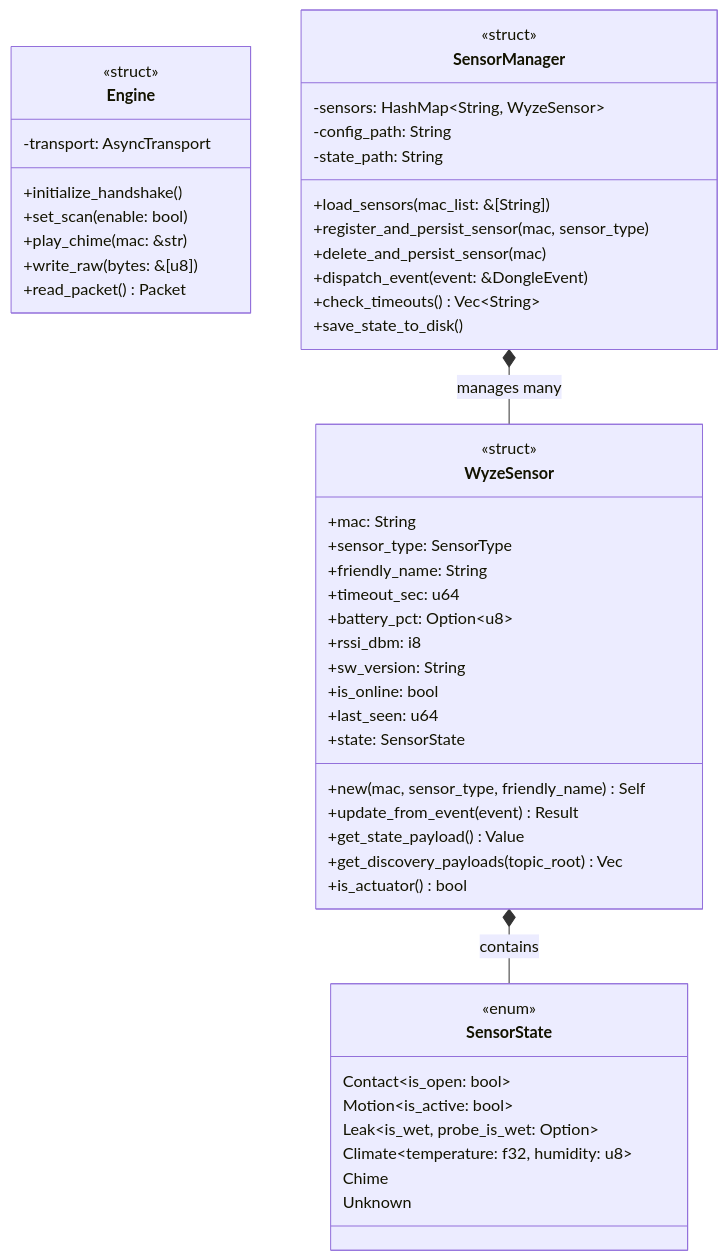
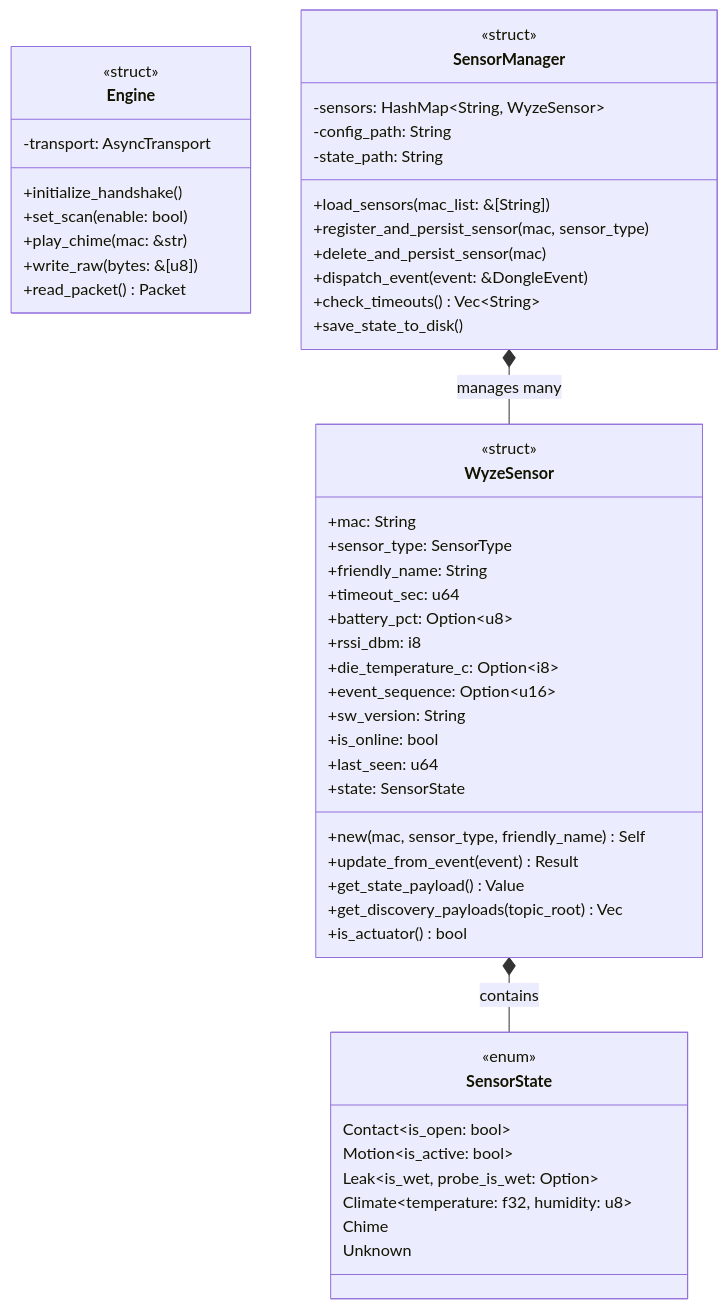
The diagram in DESIGN.md (HclX/wyzesense2mqtt-rs), drawn with Mermaid before and after one commit. The commit also changed 1 other file, not shown here.

Commit message:
docs: update protocol spec and design docs for RE findings
- protocol.md §6.2: Rename DataType to Die Temperature (AON_BATMON:TEMP)
- protocol.md §6.2: Battery is raw voltage byte (raw/32.0), NOT percentage
- protocol.md §6.2: Event Sequence is monotonic, non-resetting counter
- protocol.md §6.2: RSSI is dongle-appended, not sensor-transmitted
- protocol.md §6.3: New section for 0xAB Alarm Data ring buffer event
- protocol.md §6.4/6.5: Section renumbering, voltage comments in examples
- protocol.md §4.3: Updated sensor alarm description
- DESIGN.md: Add die_temperature_c and event_sequence to class diagram

````diff
--- a/DESIGN.md
+++ b/DESIGN.md
@@ -64,57 +64,59 @@
 ```mermaid
 classDiagram
     class Engine {
         <<struct>>
         -transport: AsyncTransport
         +initialize_handshake()
         +set_scan(enable: bool)
         +play_chime(mac: &str)
         +write_raw(bytes: &[u8])
         +read_packet() Packet
     }
 
     class SensorManager {
         <<struct>>
         -sensors: HashMap~String, WyzeSensor~
         -config_path: String
         -state_path: String
         +load_sensors(mac_list: &[String])
         +register_and_persist_sensor(mac, sensor_type)
         +delete_and_persist_sensor(mac)
         +dispatch_event(event: &DongleEvent)
         +check_timeouts() Vec~String~
         +save_state_to_disk()
     }
 
     class WyzeSensor {
         <<struct>>
         +mac: String
         +sensor_type: SensorType
         +friendly_name: String
         +timeout_sec: u64
         +battery_pct: Option~u8~
         +rssi_dbm: i8
+        +die_temperature_c: Option~i8~
+        +event_sequence: Option~u16~
         +sw_version: String
         +is_online: bool
         +last_seen: u64
         +state: SensorState
         +new(mac, sensor_type, friendly_name) Self
         +update_from_event(event) Result
         +get_state_payload() Value
         +get_discovery_payloads(topic_root) Vec
         +is_actuator() bool
     }
 
     class SensorState {
         <<enum>>
         Contact~is_open: bool~
         Motion~is_active: bool~
         Leak~is_wet, probe_is_wet: Option~
         Climate~temperature: f32, humidity: u8~
         Chime
         Unknown
     }
 
     SensorManager *-- WyzeSensor : manages many
     WyzeSensor *-- SensorState : contains
 ```
````
